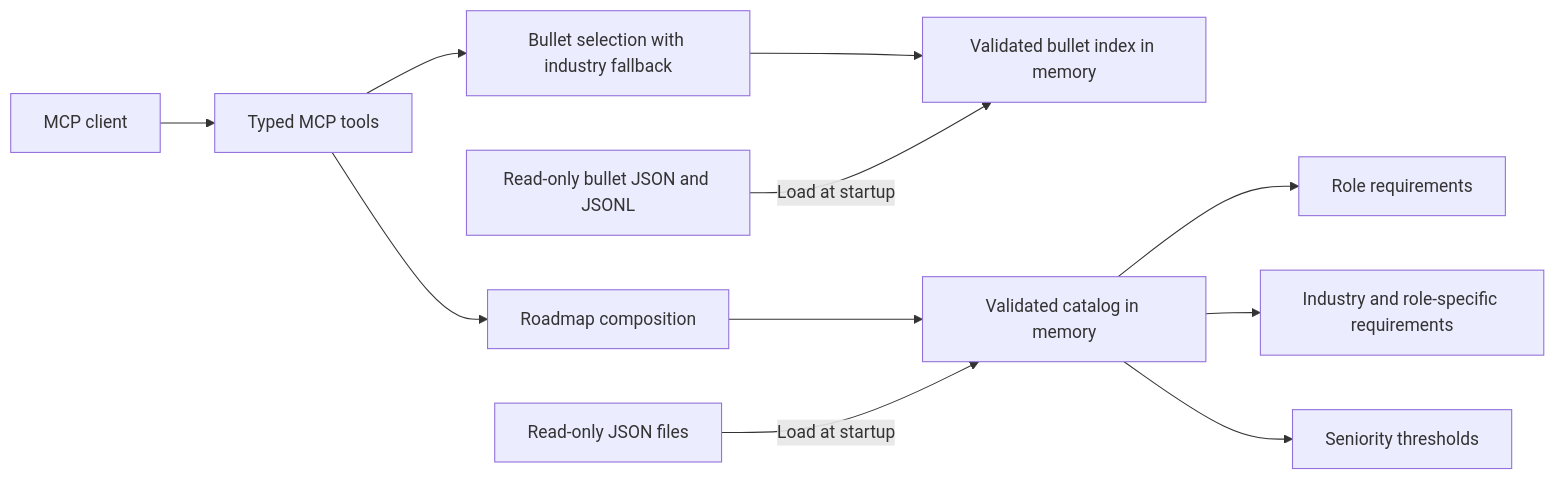
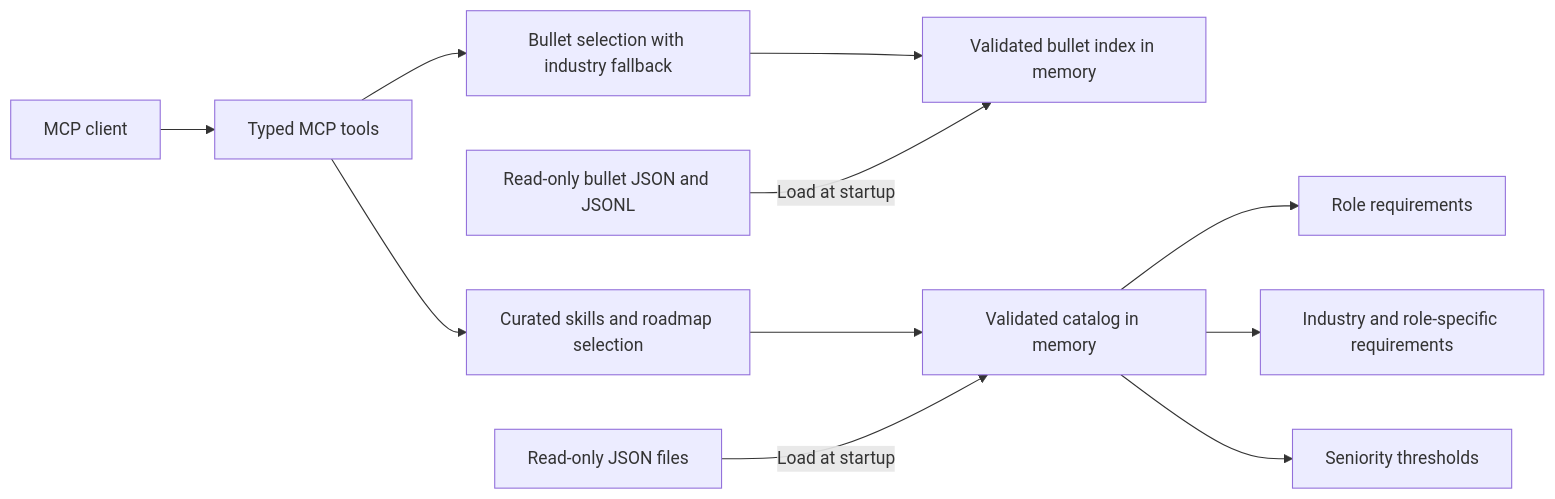
Before and after one commit to betrueone/roadmap-mcp: the diagram in README.md, drawn with Mermaid. The commit also changed other lines of this file and 67 other files, not shown here.

Commit message:
fix: Fix skills roadmap datasource

````diff
--- a/README.md
+++ b/README.md
@@ -283,13 +369,13 @@
 ```mermaid
 flowchart LR
     Client[MCP client] --> MCP[Typed MCP tools]
-    MCP --> Service[Roadmap composition]
+    MCP --> Service[Curated skills and roadmap selection]
     MCP --> Bullets[Bullet selection with industry fallback]
     Bullets --> BulletSnapshot[Validated bullet index in memory]
     BulletFiles[Read-only bullet JSON and JSONL] -->|Load at startup| BulletSnapshot
     Service --> Snapshot[Validated catalog in memory]
     Files[Read-only JSON files] -->|Load at startup| Snapshot
     Snapshot --> Role[Role requirements]
     Snapshot --> Industry[Industry and role-specific requirements]
     Snapshot --> Level[Seniority thresholds]
 ```
````
